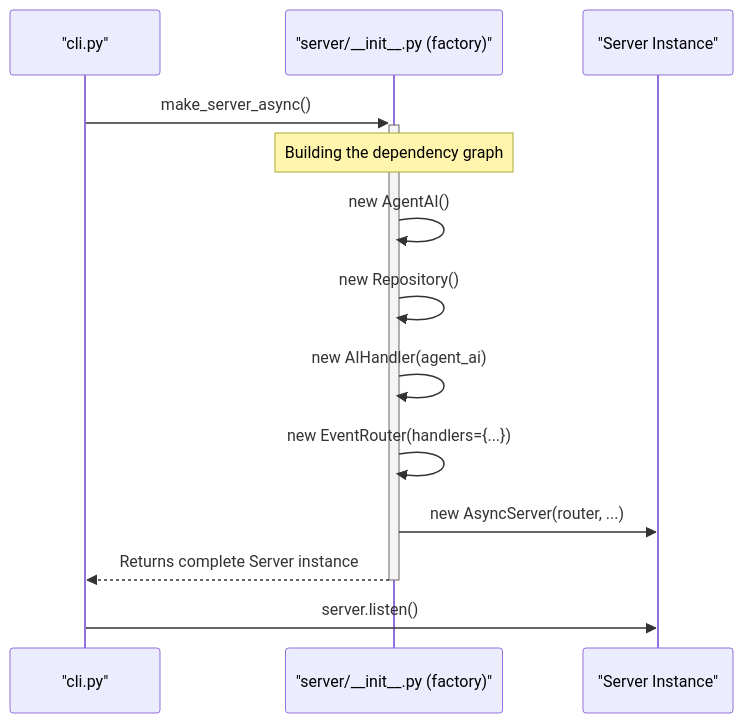
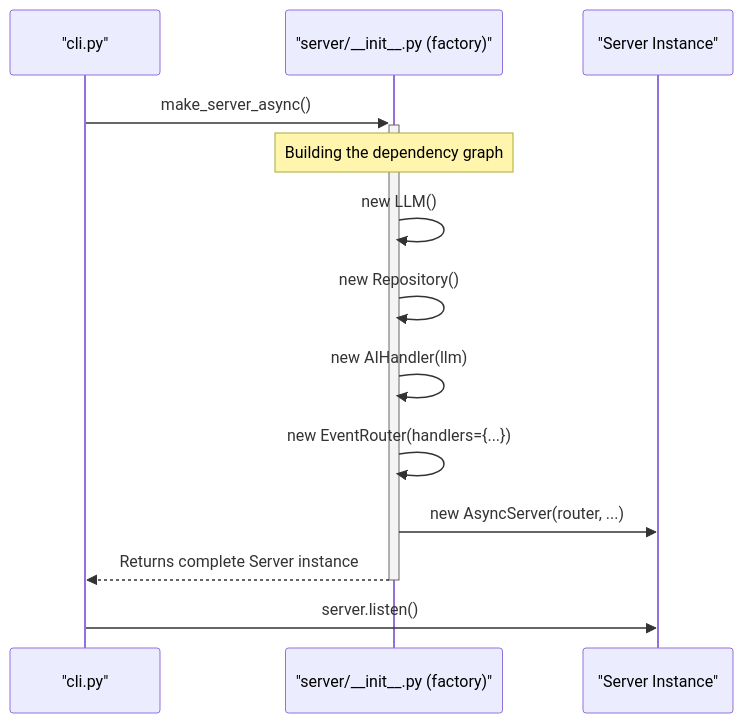
Before and after one commit to Alekyo4/C2S_Challenge: the fourth of 4 diagrams in docs/architecture.md, drawn with Mermaid. The commit also changed other lines of this file and 9 other files, not shown here.

````diff
--- a/docs/architecture.md
+++ b/docs/architecture.md
@@ -155,18 +155,18 @@
 ```mermaid
 sequenceDiagram
     participant CLI as "cli.py"
     participant Factory as "server/__init__.py (factory)"
     participant Server as "Server Instance"
 
     CLI->>+Factory: make_server_async()
     Note over Factory: Building the dependency graph
-    Factory->>Factory: new AgentAI()
+    Factory->>Factory: new LLM()
     Factory->>Factory: new Repository()
-    Factory->>Factory: new AIHandler(agent_ai)
+    Factory->>Factory: new AIHandler(llm)
     Factory->>Factory: new EventRouter(handlers={...})
     Factory->>Server: new AsyncServer(router, ...)
     Factory-->>-CLI: Returns complete Server instance
-    
+
     CLI->>Server: server.listen()
     activate Server
 ```
````
